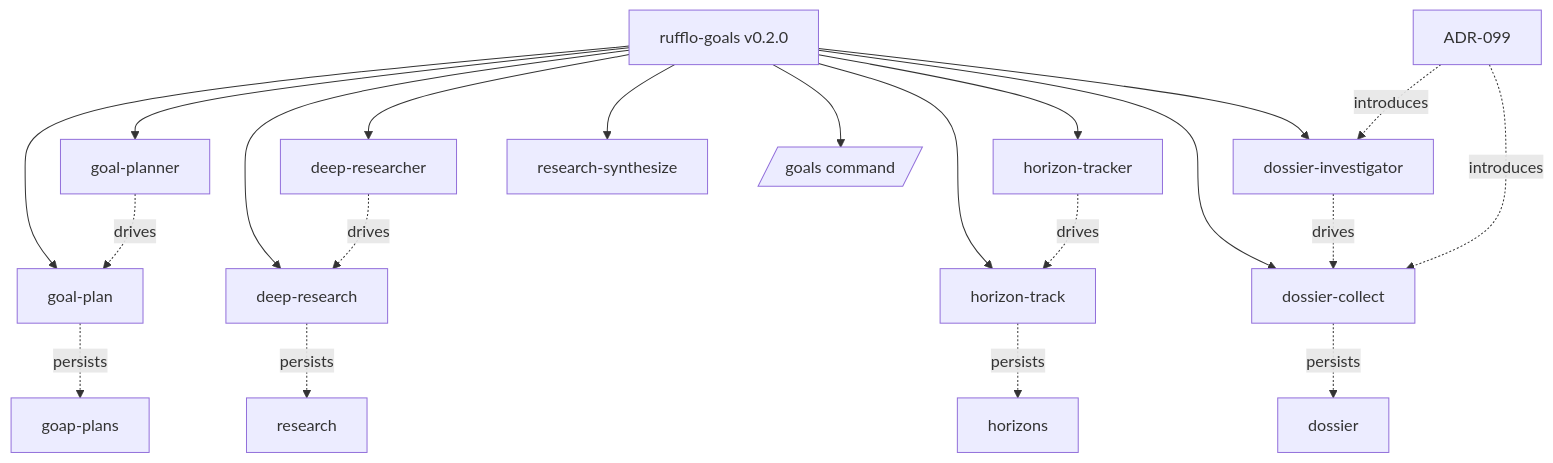
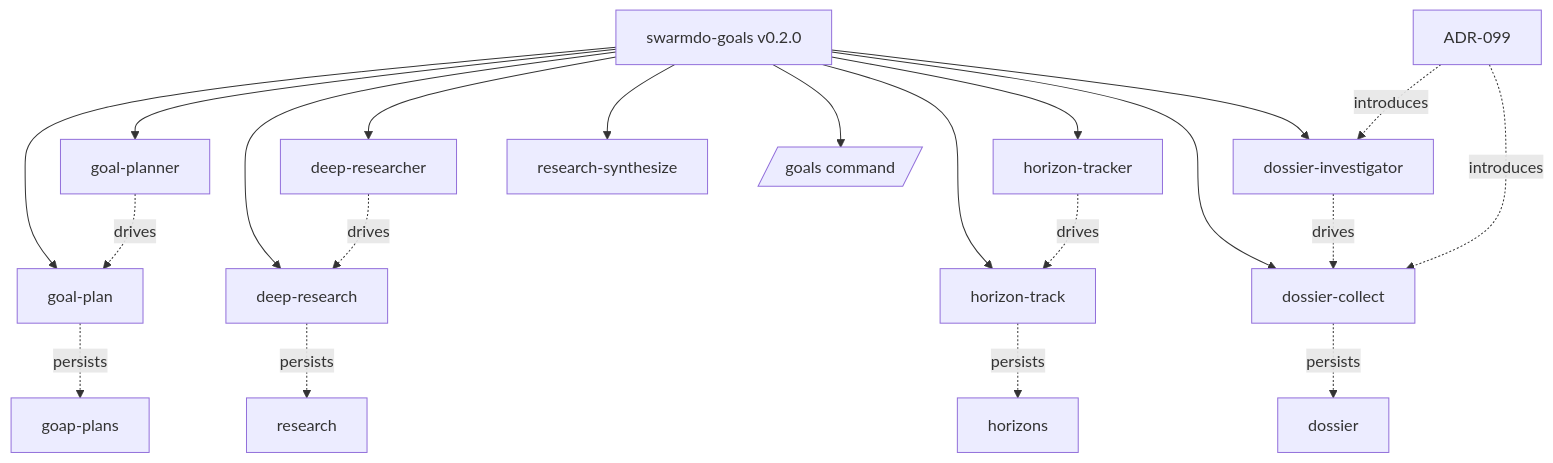
The diagram in v3/docs/examples/dossiers/swarmdo-goals/swarmdo-goals.md (JannieP/swarmdo), drawn with Mermaid before and after one commit. The commit also changed other lines of this file and 1189 other files, not shown here.

````diff
--- a/v3/docs/examples/dossiers/swarmdo-goals/swarmdo-goals.md
+++ b/v3/docs/examples/dossiers/swarmdo-goals/swarmdo-goals.md
@@ -34,23 +34,23 @@
 ```mermaid
 graph TD
-  plugin[rufflo-goals v0.2.0] --> goal-planner
+  plugin[swarmdo-goals v0.2.0] --> goal-planner
   plugin --> deep-researcher
   plugin --> horizon-tracker
   plugin --> dossier-investigator
   plugin --> goal-plan
   plugin --> deep-research
   plugin --> horizon-track
   plugin --> research-synthesize
   plugin --> dossier-collect
   plugin --> goals[/goals command/]
   goal-planner -.drives.-> goal-plan
   deep-researcher -.drives.-> deep-research
   horizon-tracker -.drives.-> horizon-track
   dossier-investigator -.drives.-> dossier-collect
   goal-plan -.persists.-> goap-plans
   deep-research -.persists.-> research
   horizon-track -.persists.-> horizons
   dossier-collect -.persists.-> dossier
   ADR099[ADR-099] -.introduces.-> dossier-investigator
   ADR099 -.introduces.-> dossier-collect
 ```
````
